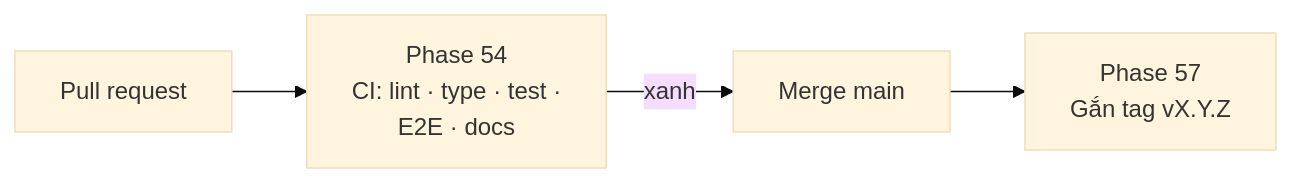
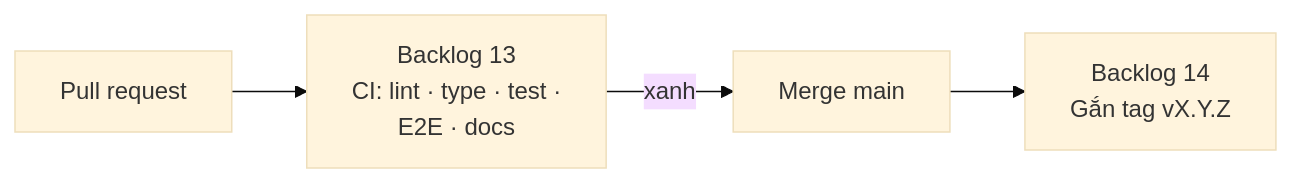
One commit to nvminhtu/niche-radar-docs changed the diagram in docs/web/version-7.md. Above: the diagram before and after it, drawn with Mermaid (base theme). The commit also changed other lines of this file and 474 other files, not shown here.

Commit message:
sync: đánh số lại phase theo thứ tự làm (1–62), KO LÀM → Backlog 01–21, link cũ tự chuyển trang

````diff
--- a/docs/web/version-7.md
+++ b/docs/web/version-7.md
@@ -21,6 +21,6 @@
 ```mermaid
 flowchart LR
-  PR[Pull request] --> CI[Phase 54<br/>CI: lint · type · test ·<br/>E2E · docs]
+  PR[Pull request] --> CI[Backlog 13<br/>CI: lint · type · test ·<br/>E2E · docs]
   CI -->|xanh| M[Merge main]
-  M --> T[Phase 57<br/>Gắn tag vX.Y.Z]
+  M --> T[Backlog 14<br/>Gắn tag vX.Y.Z]
 ```
````
